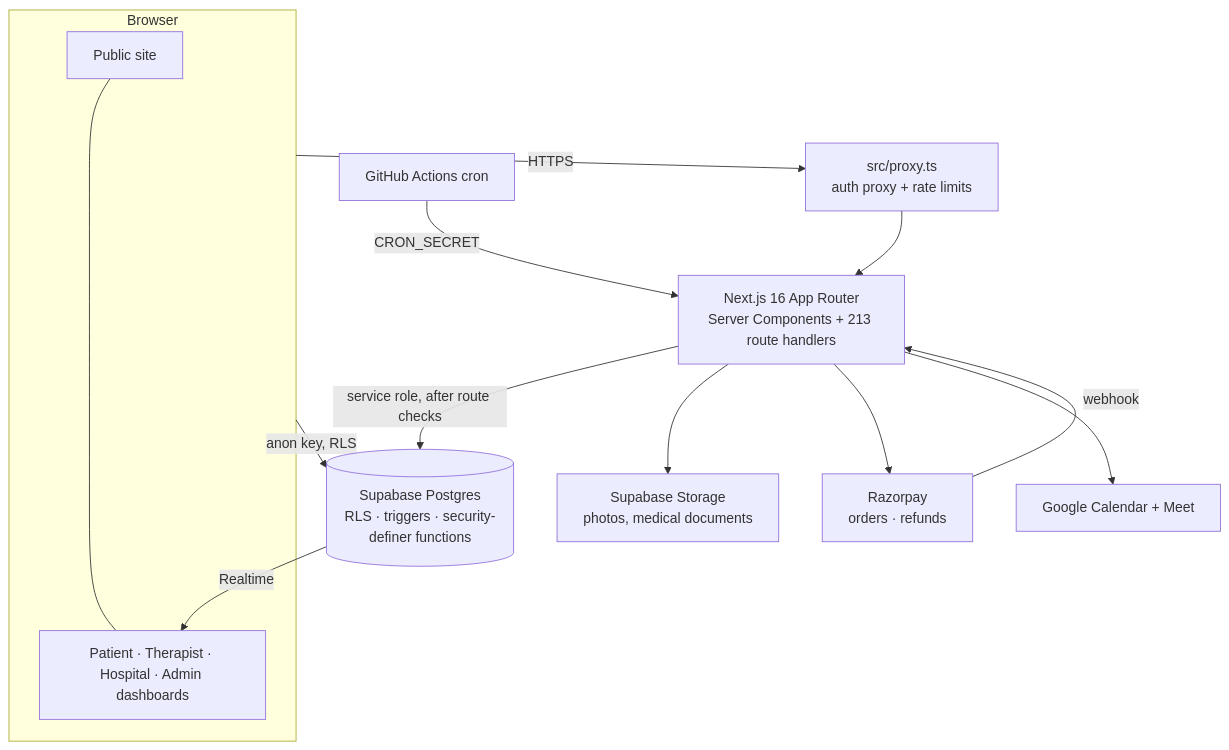
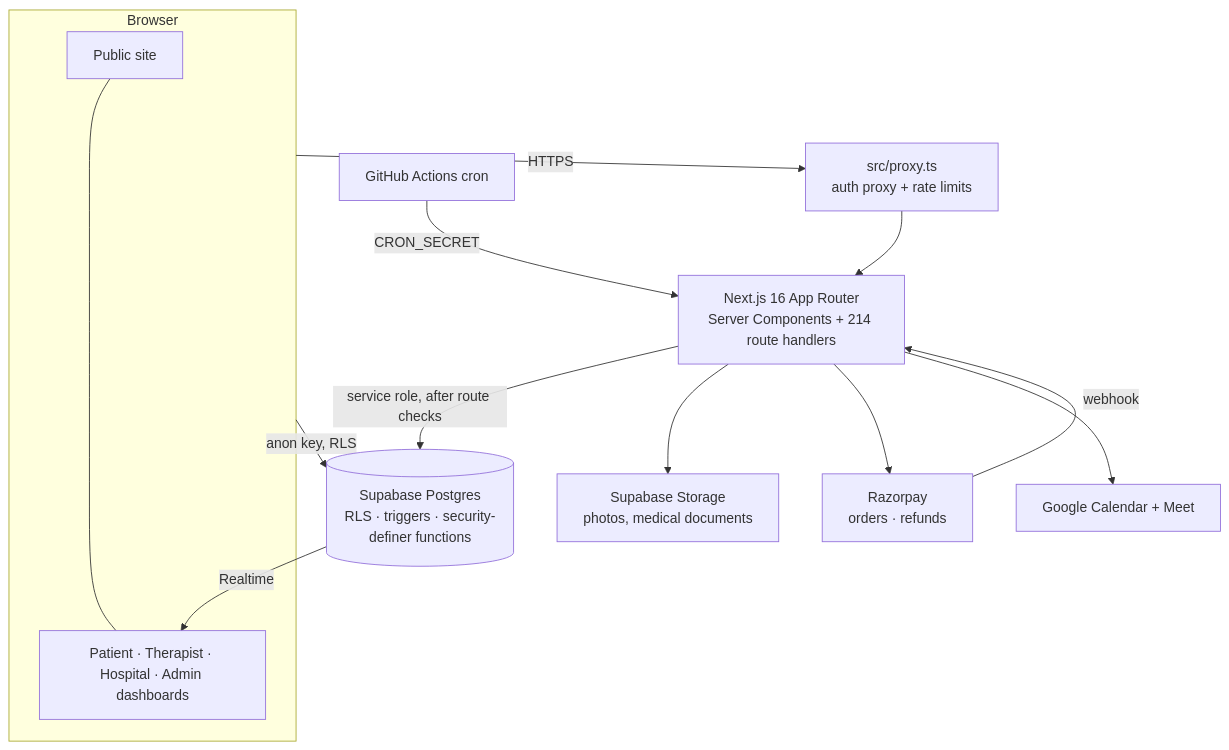
One commit to nitheesh-git-project/Claude changed the second of 2 diagrams in README.md. Above: the diagram before and after it, drawn with Mermaid. The commit also changed other lines of this file and 13 other files, not shown here.

````diff
--- a/README.md
+++ b/README.md
@@ -172,16 +172,16 @@
 ```mermaid
 flowchart TB
   subgraph Browser
     P[Public site] --- D[Patient · Therapist · Hospital · Admin dashboards]
   end
   Browser -->|HTTPS| PX[src/proxy.ts<br/>auth proxy + rate limits]
-  PX --> APP[Next.js 16 App Router<br/>Server Components + 213 route handlers]
+  PX --> APP[Next.js 16 App Router<br/>Server Components + 214 route handlers]
   APP -->|service role, after route checks| SB[(Supabase Postgres<br/>RLS · triggers · security-definer functions)]
   Browser -->|anon key, RLS| SB
   SB -->|Realtime| D
   APP --> ST[Supabase Storage<br/>photos, medical documents]
   APP --> RZ[Razorpay<br/>orders · refunds]
   RZ -->|webhook| APP
   APP --> GC[Google Calendar + Meet]
   GH[GitHub Actions cron] -->|CRON_SECRET| APP
 ```
````
